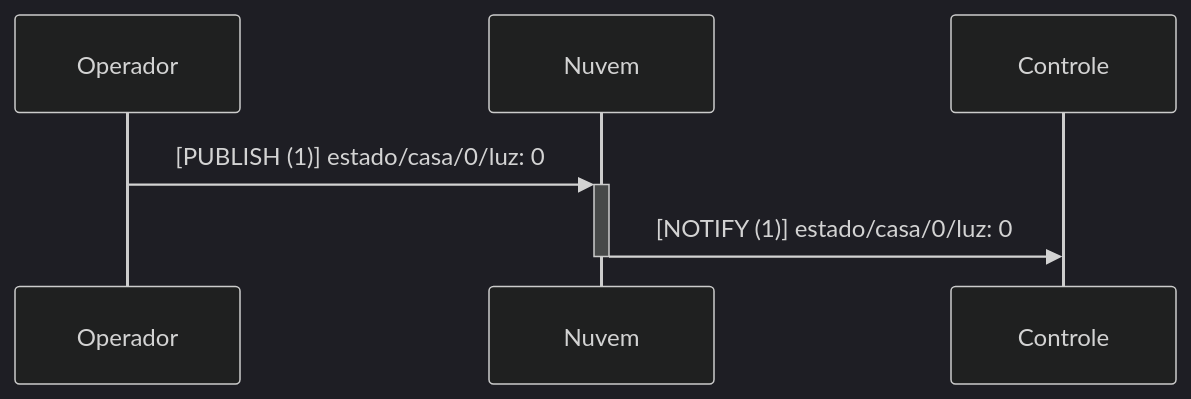
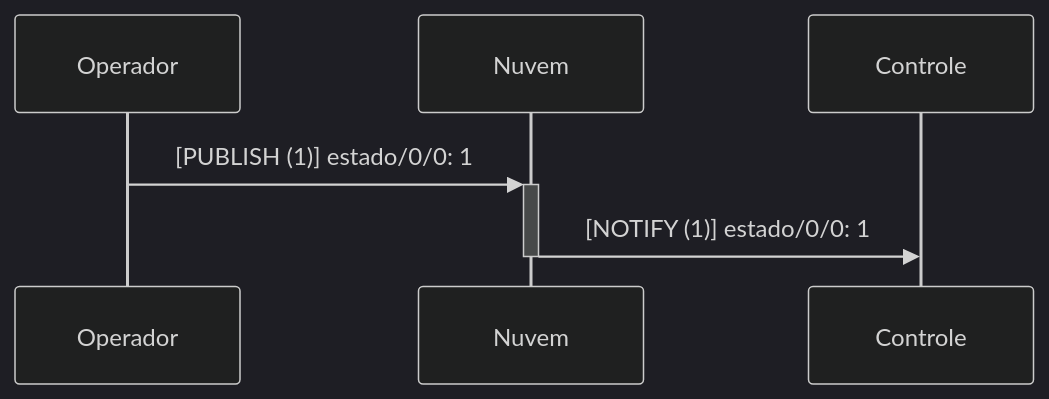
Before and after one commit to ederson-torresini/itl20231: the fourth of 5 diagrams in projeto-da-disciplina.md, drawn with Mermaid (dark theme). The commit also changed other lines of this file and 6 other files, not shown here.

````diff
--- a/projeto-da-disciplina.md
+++ b/projeto-da-disciplina.md
@@ -104,5 +93,5 @@
 ```mermaid
 sequenceDiagram
-Operador ->>+ Nuvem: [PUBLISH (1)] estado/casa/0/luz: 0
-Nuvem ->>- Controle: [NOTIFY (1)] estado/casa/0/luz: 0
+Operador ->>+ Nuvem: [PUBLISH (1)] estado/0/0: 1
+Nuvem ->>- Controle: [NOTIFY (1)] estado/0/0: 1
 ```
````
